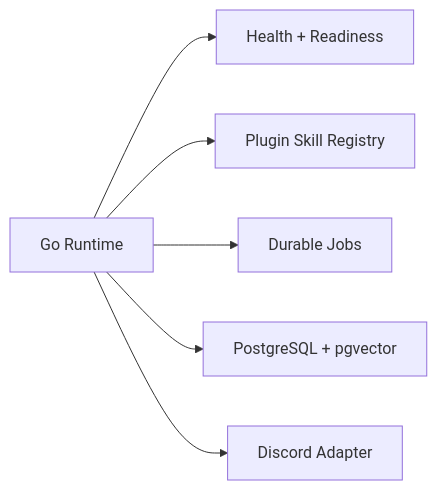
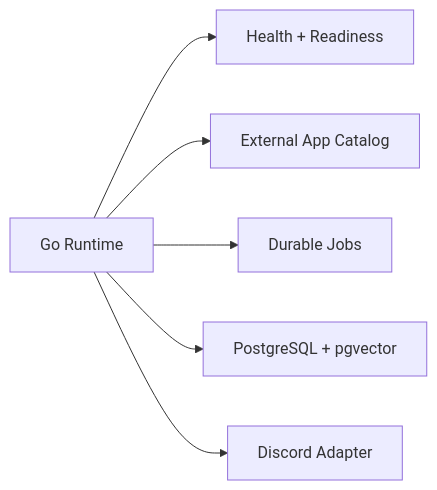
One commit to gOps132/GigiDC changed the diagram in docs/index.mdx. Above: the diagram before and after it, drawn with Mermaid. The commit also changed other lines of this file and 14 other files, not shown here.

````diff
--- a/docs/index.mdx
+++ b/docs/index.mdx
@@ -16,8 +16,8 @@
 ```mermaid
 flowchart LR
   Runtime["Go Runtime"] --> Health["Health + Readiness"]
-  Runtime --> Plugins["Plugin Skill Registry"]
+  Runtime --> Plugins["External App Catalog"]
   Runtime --> Jobs["Durable Jobs"]
   Runtime --> Storage["PostgreSQL + pgvector"]
   Runtime --> Discord["Discord Adapter"]
 ```
````
